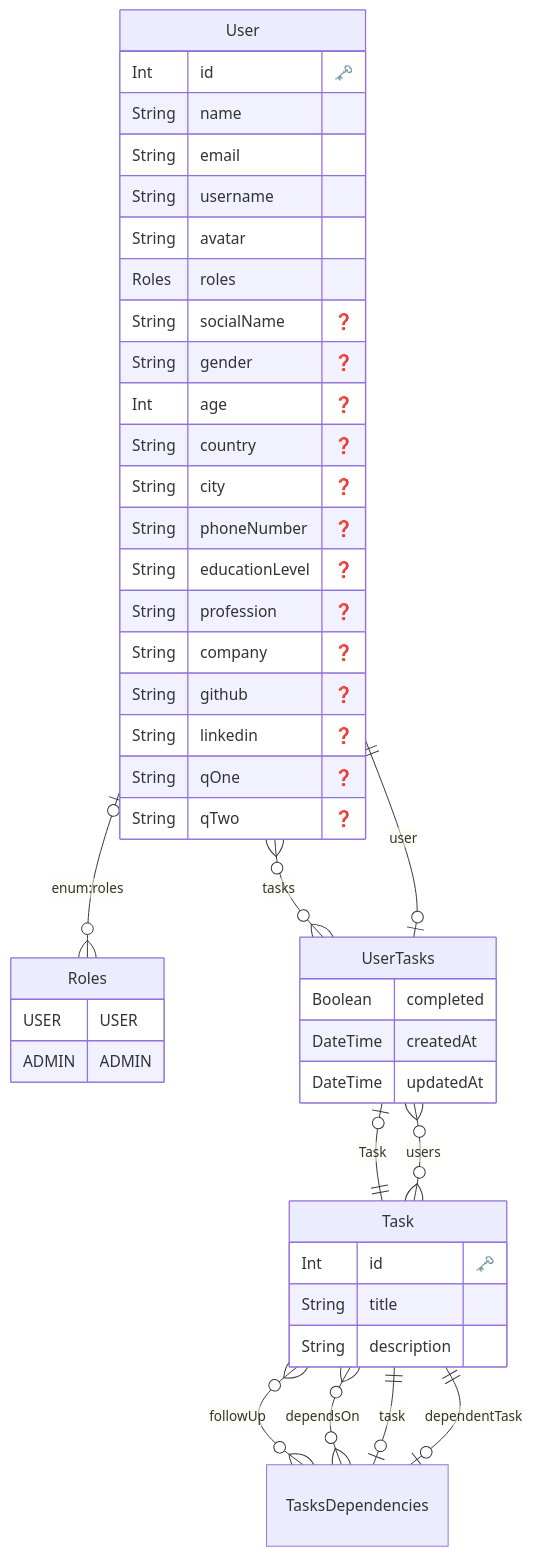
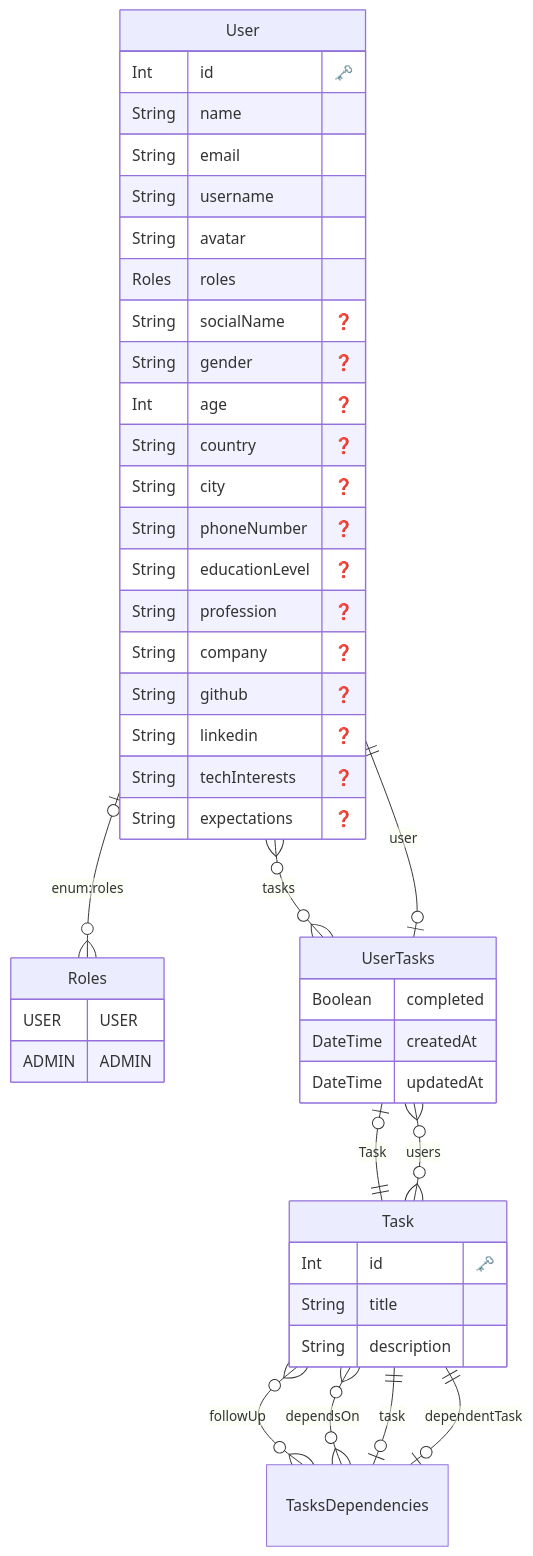
Before and after one commit to podcodar/app: the diagram in prisma/erd.md, drawn with Mermaid. The commit also changed 2 other files, not shown here.

Commit message:
enh: change prisma schema and make migrations

````diff
--- a/prisma/erd.md
+++ b/prisma/erd.md
@@ -1,59 +1,59 @@
 ```mermaid
 erDiagram
 
         Roles {
             USER USER
 ADMIN ADMIN
         }
     
   "User" {
     Int id "🗝️"
     String name 
     String email 
     String username 
     String avatar 
     Roles roles 
     String socialName "❓"
     String gender "❓"
     Int age "❓"
     String country "❓"
     String city "❓"
     String phoneNumber "❓"
     String educationLevel "❓"
     String profession "❓"
     String company "❓"
     String github "❓"
     String linkedin "❓"
-    String qOne "❓"
-    String qTwo "❓"
+    String techInterests "❓"
+    String expectations "❓"
     }
   
 
   "Task" {
     Int id "🗝️"
     String title 
     String description 
     }
   
 
   "UserTasks" {
     Boolean completed 
     DateTime createdAt 
     DateTime updatedAt 
     }
   
 
   "TasksDependencies" {
 
     }
   
     "User" o|--}o "Roles" : "enum:roles"
     "User" o{--}o "UserTasks" : "tasks"
     "Task" o{--}o "UserTasks" : "users"
     "Task" o{--}o "TasksDependencies" : "followUp"
     "Task" o{--}o "TasksDependencies" : "dependsOn"
     "UserTasks" o|--|| "User" : "user"
     "UserTasks" o|--|| "Task" : "Task"
     "TasksDependencies" o|--|| "Task" : "task"
     "TasksDependencies" o|--|| "Task" : "dependentTask"
 ```
````
